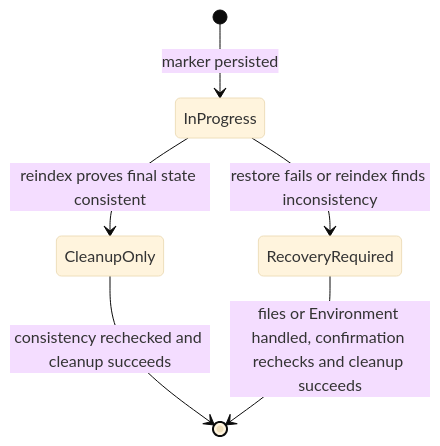
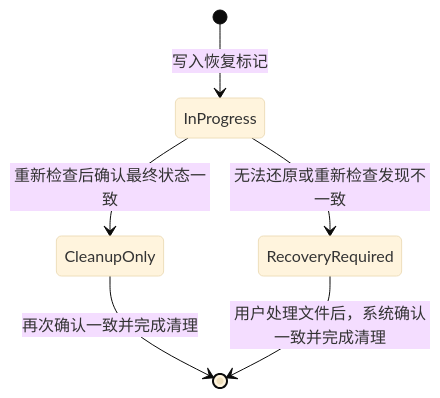
One commit to Hccake/skill-deck changed the second of 2 diagrams in docs/execution-and-recovery.md. Above: the diagram before and after it, drawn with Mermaid (base theme). The commit also changed other lines of this file and 3 other files, not shown here.

````diff
--- a/docs/execution-and-recovery.md
+++ b/docs/execution-and-recovery.md
@@ -245,8 +245,8 @@
 ```mermaid
 stateDiagram-v2
-    [*] --> InProgress: marker persisted
-    InProgress --> CleanupOnly: reindex proves final state consistent
-    InProgress --> RecoveryRequired: restore fails or reindex finds inconsistency
-    CleanupOnly --> [*]: consistency rechecked and cleanup succeeds
-    RecoveryRequired --> [*]: files or Environment handled, confirmation rechecks and cleanup succeeds
+    [*] --> InProgress: 写入恢复标记
+    InProgress --> CleanupOnly: 重新检查后确认最终状态一致
+    InProgress --> RecoveryRequired: 无法还原或重新检查发现不一致
+    CleanupOnly --> [*]: 再次确认一致并完成清理
+    RecoveryRequired --> [*]: 用户处理文件后，系统确认一致并完成清理
 ```
````
